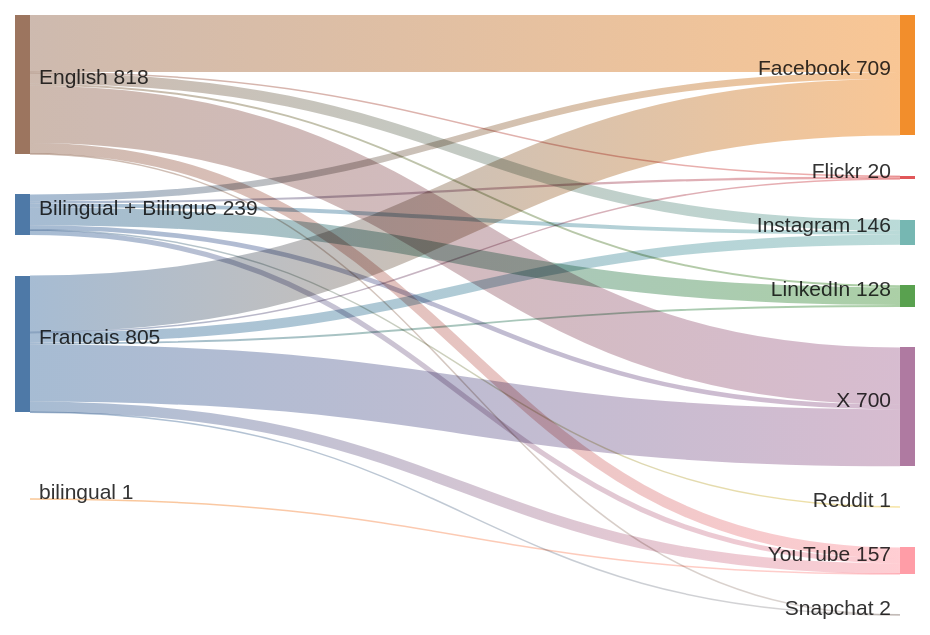
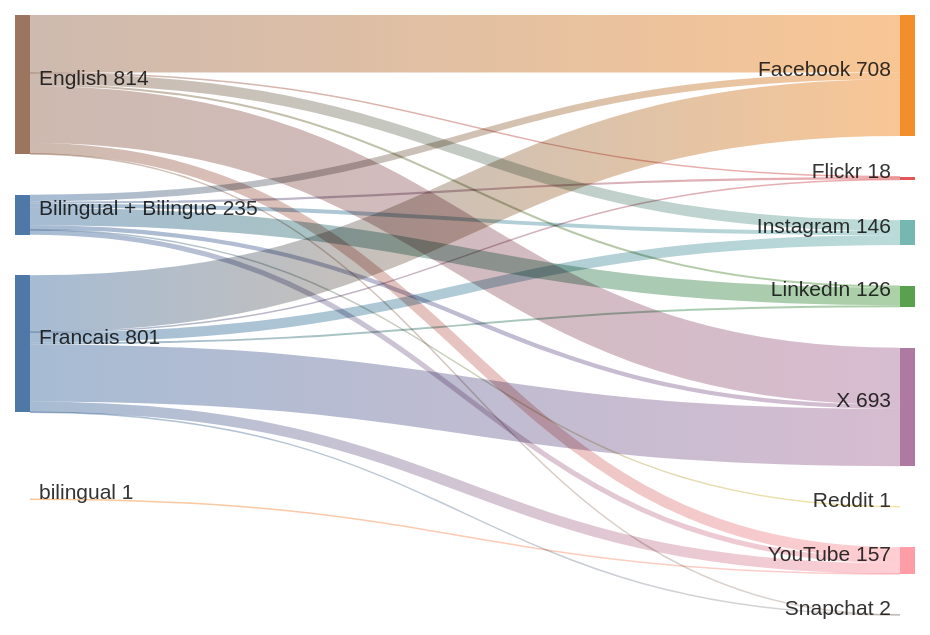
One commit to PatLittle/GC-Socials changed the diagram in sankey_diagram.md. Above: the diagram before and after it, drawn with Mermaid.

Commit message:
Update Sankey diagram for the most recent day

````diff
--- a/sankey_diagram.md
+++ b/sankey_diagram.md
@@ -1,25 +1,25 @@
 ```mermaid
 sankey-beta
   Bilingual + Bilingue,Facebook,40
   Bilingual + Bilingue,Flickr,13
   Bilingual + Bilingue,Instagram,23
-  Bilingual + Bilingue,LinkedIn,105
+  Bilingual + Bilingue,LinkedIn,103
   Bilingual + Bilingue,Reddit,1
-  Bilingual + Bilingue,X,27
+  Bilingual + Bilingue,X,25
   Bilingual + Bilingue,YouTube,30
   English,Facebook,336
-  English,Flickr,4
+  English,Flickr,3
   English,Instagram,64
   English,LinkedIn,12
   English,Snapchat,1
-  English,X,337
+  English,X,334
   English,YouTube,64
-  Francais,Facebook,333
-  Francais,Flickr,3
+  Francais,Facebook,332
+  Francais,Flickr,2
   Francais,Instagram,59
   Francais,LinkedIn,11
   Francais,Snapchat,1
-  Francais,X,336
+  Francais,X,334
   Francais,YouTube,62
   bilingual,YouTube,1
 ```
````
